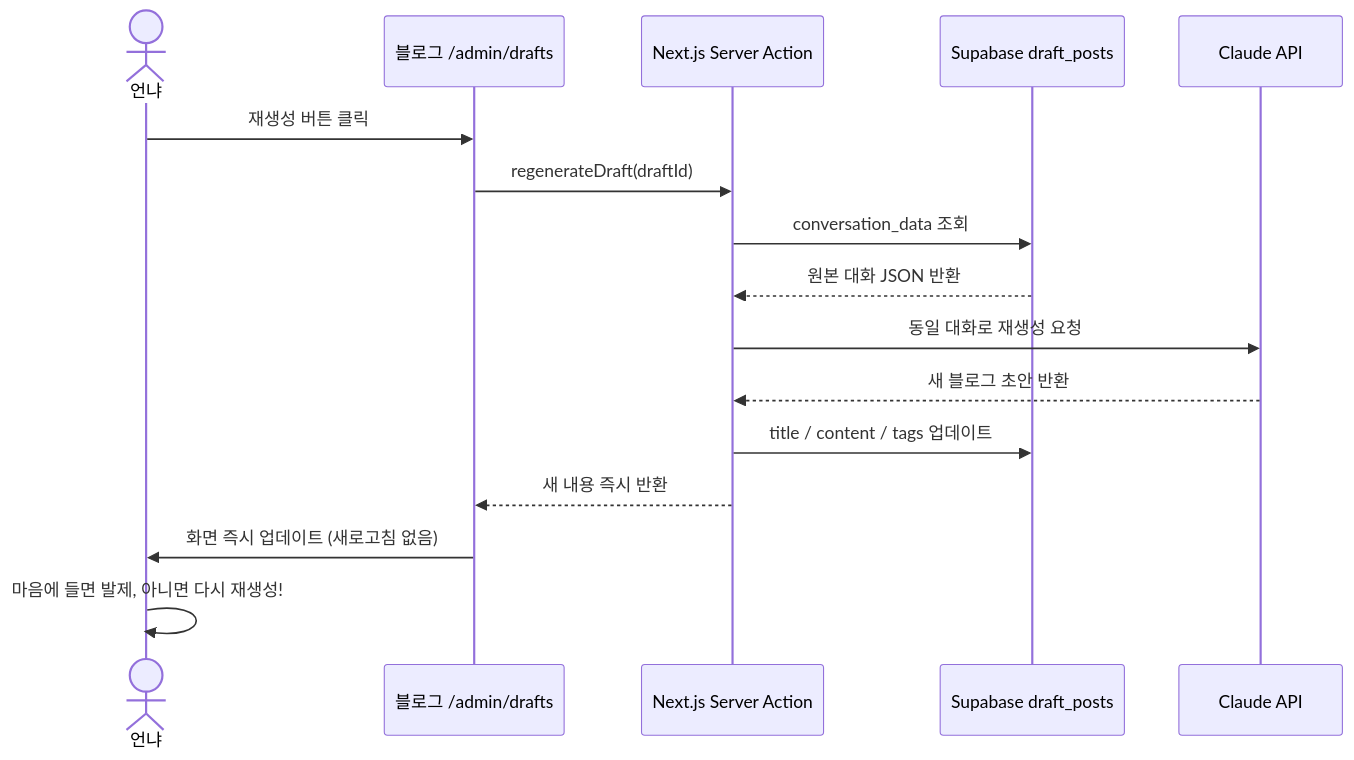
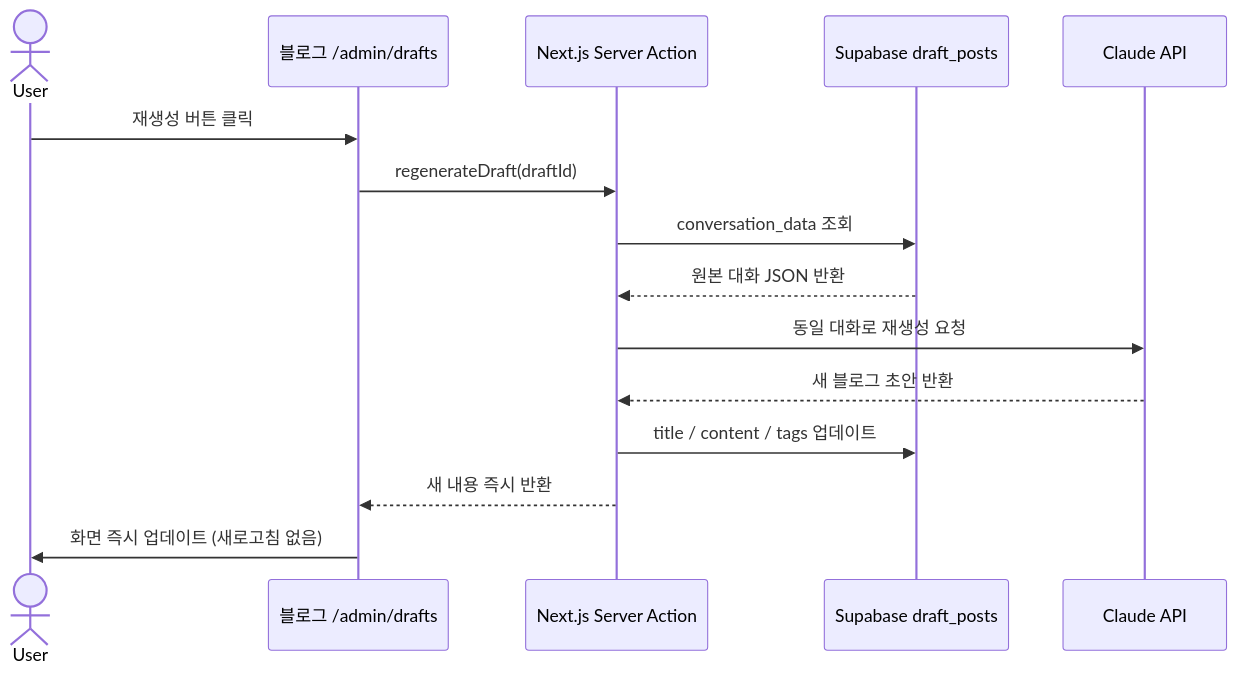
The fourth of 4 diagrams in README.md (hov-i/auto-blog-posting), drawn with Mermaid before and after one commit. The commit also changed other lines of this file and 6 other files, not shown here.

````diff
--- a/README.md
+++ b/README.md
@@ -208,19 +242,18 @@
 ```mermaid
 sequenceDiagram
-    actor 언냐
+    actor User
     participant UI as 블로그 /admin/drafts
     participant API as Next.js Server Action
     participant DB as Supabase draft_posts
     participant Claude as Claude API
 
-    언냐->>UI: 재생성 버튼 클릭
+    User->>UI: 재생성 버튼 클릭
     UI->>API: regenerateDraft(draftId)
     API->>DB: conversation_data 조회
     DB-->>API: 원본 대화 JSON 반환
     API->>Claude: 동일 대화로 재생성 요청
     Claude-->>API: 새 블로그 초안 반환
     API->>DB: title / content / tags 업데이트
     API-->>UI: 새 내용 즉시 반환
-    UI->>언냐: 화면 즉시 업데이트 (새로고침 없음)
-    언냐->>언냐: 마음에 들면 발제, 아니면 다시 재생성!
+    UI->>User: 화면 즉시 업데이트 (새로고침 없음)
 ```
````
